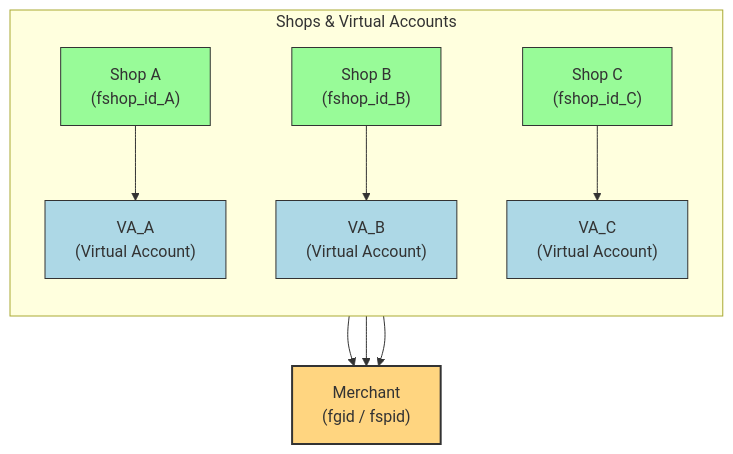
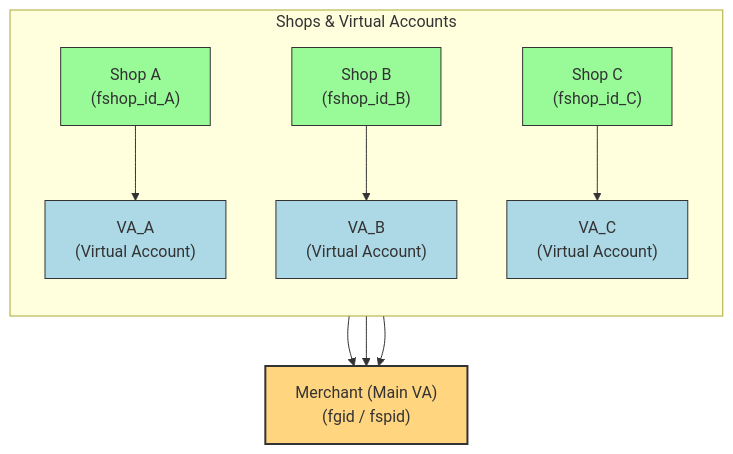
One commit to blaire101/data-warehouse-solutions changed the sixth of 7 diagrams in README.md. Above: the diagram before and after it, drawn with Mermaid.

````diff
--- a/README.md
+++ b/README.md
@@ -470,21 +470,21 @@
 ```mermaid
 flowchart TB
-    M["Merchant<br>(fgid / fspid)"]:::merchant
+    M["Merchant (Main VA)<br>(fgid / fspid)"]:::merchant
 
     subgraph Shops["Shops & Virtual Accounts"]
         direction TB
         S1["Shop A<br>(fshop_id_A)"]:::shop --> VA1["VA_A<br>(Virtual Account)"]:::va
         S2["Shop B<br>(fshop_id_B)"]:::shop --> VA2["VA_B<br>(Virtual Account)"]:::va
         S3["Shop C<br>(fshop_id_C)"]:::shop --> VA3["VA_C<br>(Virtual Account)"]:::va
     end
 
     %% Fund flow
     VA1 --> M
     VA2 --> M
     VA3 --> M
 
     %% Styling
     classDef merchant fill:#FFD580,stroke:#333,stroke-width:2px;
     classDef shop fill:#98FB98,stroke:#333,stroke-width:1px;
     classDef va fill:#ADD8E6,stroke:#333,stroke-width:1px;
 ```
````
